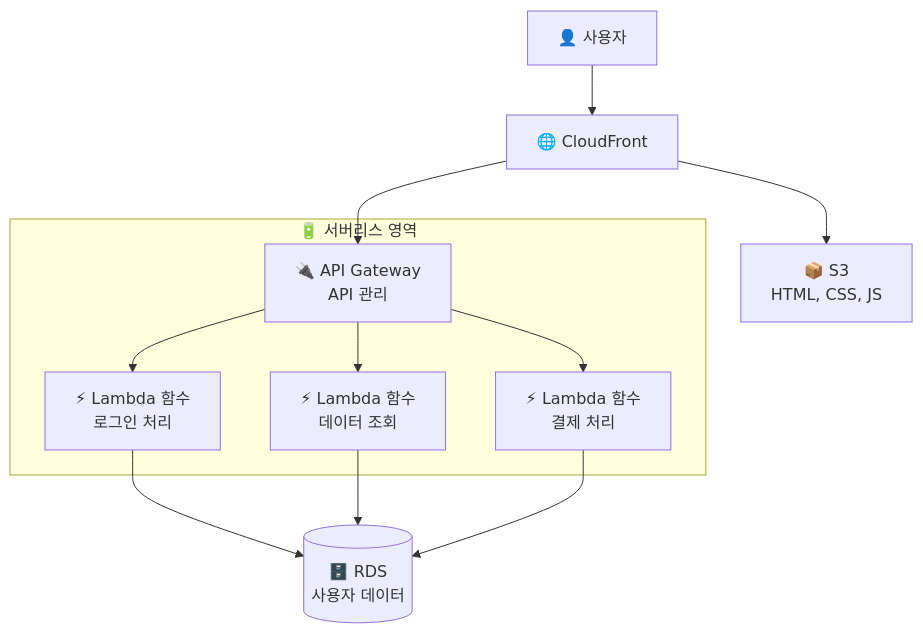
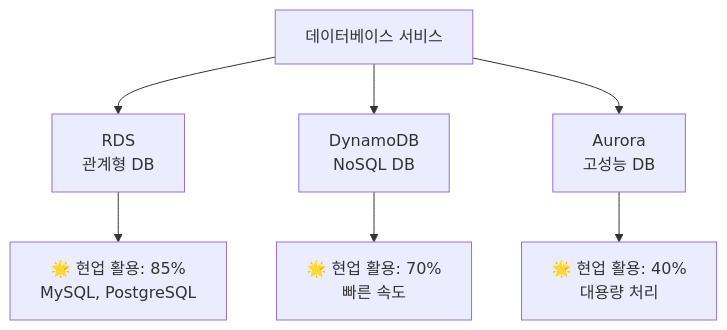
Before and after one commit to yjshin-cloud/TIL: the tenth of 19 diagrams in docs/Edu/BootCamp/LikeLionCloudEngineering_4th/1_DailyStudy/Week_09/20250925.md, drawn with Mermaid. The commit also changed other lines of this file, not shown here.

````diff
--- a/docs/Edu/BootCamp/LikeLionCloudEngineering_4th/1_DailyStudy/Week_09/20250925.md
+++ b/docs/Edu/BootCamp/LikeLionCloudEngineering_4th/1_DailyStudy/Week_09/20250925.md
@@ -260,22 +242,10 @@
 ```mermaid
-graph TB
-    User[👤 사용자] --> CloudFront[🌐 CloudFront]
+graph TD
+    A[데이터베이스 서비스] --> B[RDS<br/>관계형 DB]
+    A --> C[DynamoDB<br/>NoSQL DB]
+    A --> D[Aurora<br/>고성능 DB]
     
-    CloudFront --> S3[📦 S3<br/>HTML, CSS, JS]
-    CloudFront --> API[🔌 API Gateway<br/>API 관리]
-    
-    API --> Lambda1[⚡ Lambda 함수<br/>로그인 처리]
-    API --> Lambda2[⚡ Lambda 함수<br/>데이터 조회]
-    API --> Lambda3[⚡ Lambda 함수<br/>결제 처리]
-    
-    Lambda1 --> RDS[(🗄️ RDS<br/>사용자 데이터)]
-    Lambda2 --> RDS
-    Lambda3 --> RDS
-    
-    subgraph Serverless["🔋 서버리스 영역"]
-        API
-        Lambda1
-        Lambda2
-        Lambda3
-    end
+    B --> B1[🌟 현업 활용: 85%<br/>MySQL, PostgreSQL]
+    C --> C1[🌟 현업 활용: 70%<br/>빠른 속도]
+    D --> D1[🌟 현업 활용: 40%<br/>대용량 처리]
 ```
````
